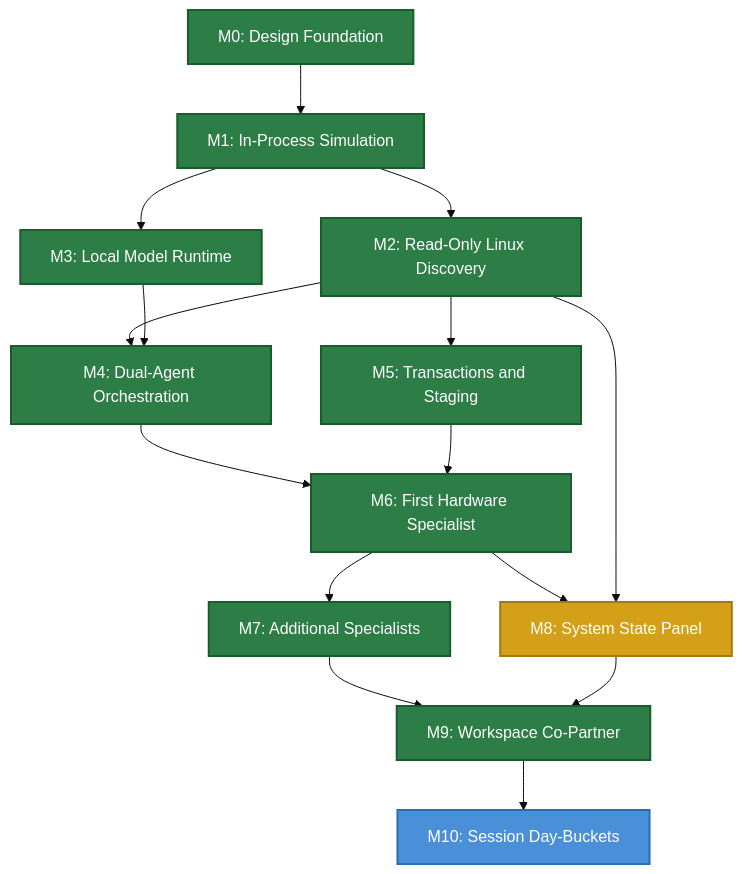
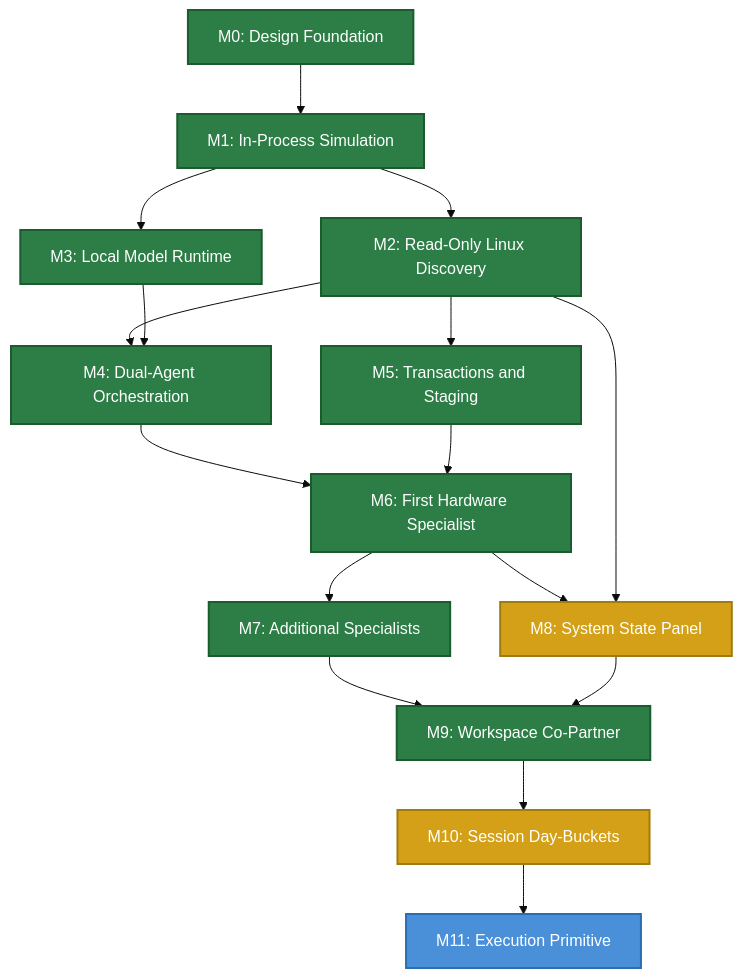
The diagram in docs/implementation-roadmap.md (cse-creative-systems-engineering/aios), drawn with Mermaid (base theme) before and after one commit. The commit also changed other lines of this file and 8 other files, not shown here.

````diff
--- a/docs/implementation-roadmap.md
+++ b/docs/implementation-roadmap.md
@@ -32,25 +33,26 @@
 ```mermaid
 graph TD
     M0[M0: Design Foundation] --> M1[M1: In-Process Simulation]
     M1 --> M2[M2: Read-Only Linux Discovery]
     M1 --> M3[M3: Local Model Runtime]
     M2 --> M4[M4: Dual-Agent Orchestration]
     M3 --> M4
     M2 --> M5[M5: Transactions and Staging]
     M4 --> M6[M6: First Hardware Specialist]
     M5 --> M6
     M6 --> M7[M7: Additional Specialists]
     M6 --> M8[M8: System State Panel]
     M2 --> M8
     M7 --> M9[M9: Workspace Co-Partner]
     M8 --> M9
     M9 --> M10[M10: Session Day-Buckets]
+    M10 --> M11[M11: Execution Primitive]
 
     classDef done fill:#2d7d46,color:#fff,stroke:#1a5c2e,stroke-width:2px
     classDef current fill:#d4a017,color:#fff,stroke:#a07c10,stroke-width:2px
     classDef planned fill:#4a90d9,color:#fff,stroke:#2a6db0,stroke-width:2px
 
     class M0,M1,M2,M3,M4,M5,M6,M7,M9 done
-    class M8 current
-    class M10 planned
+    class M8,M10,M11 current
+    class M11 planned
 ```
````
